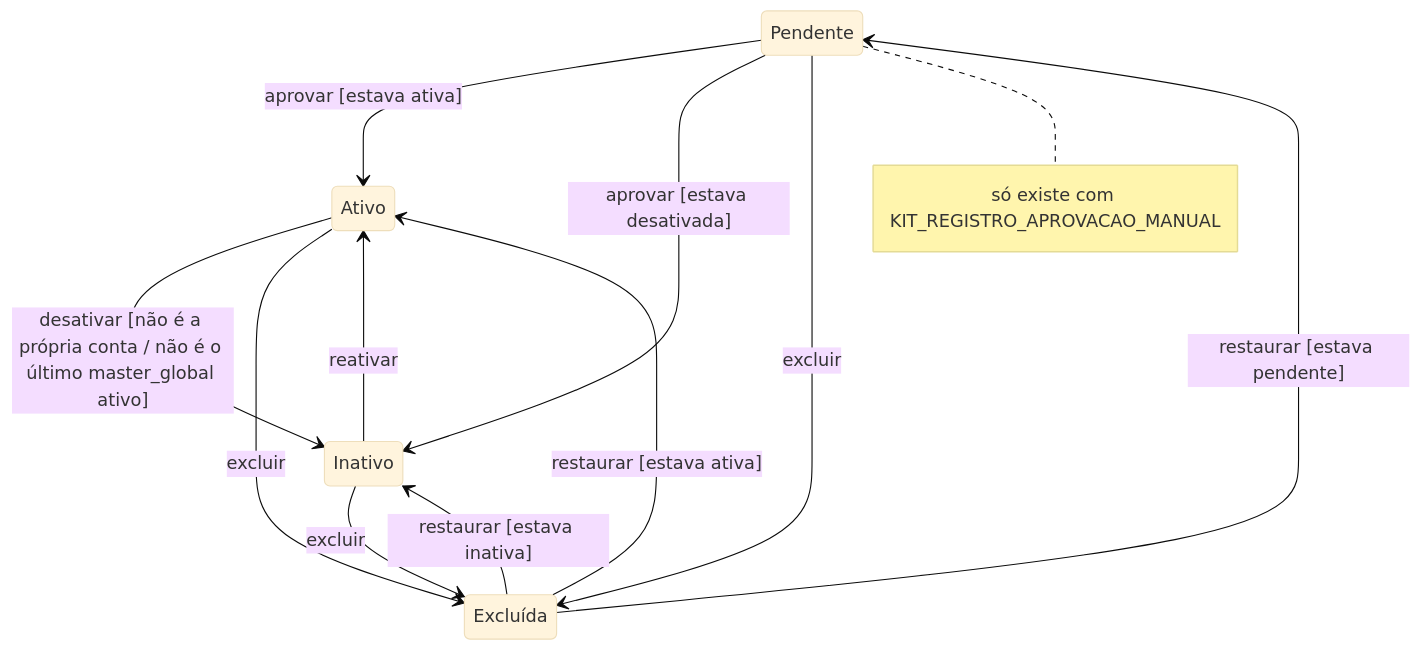
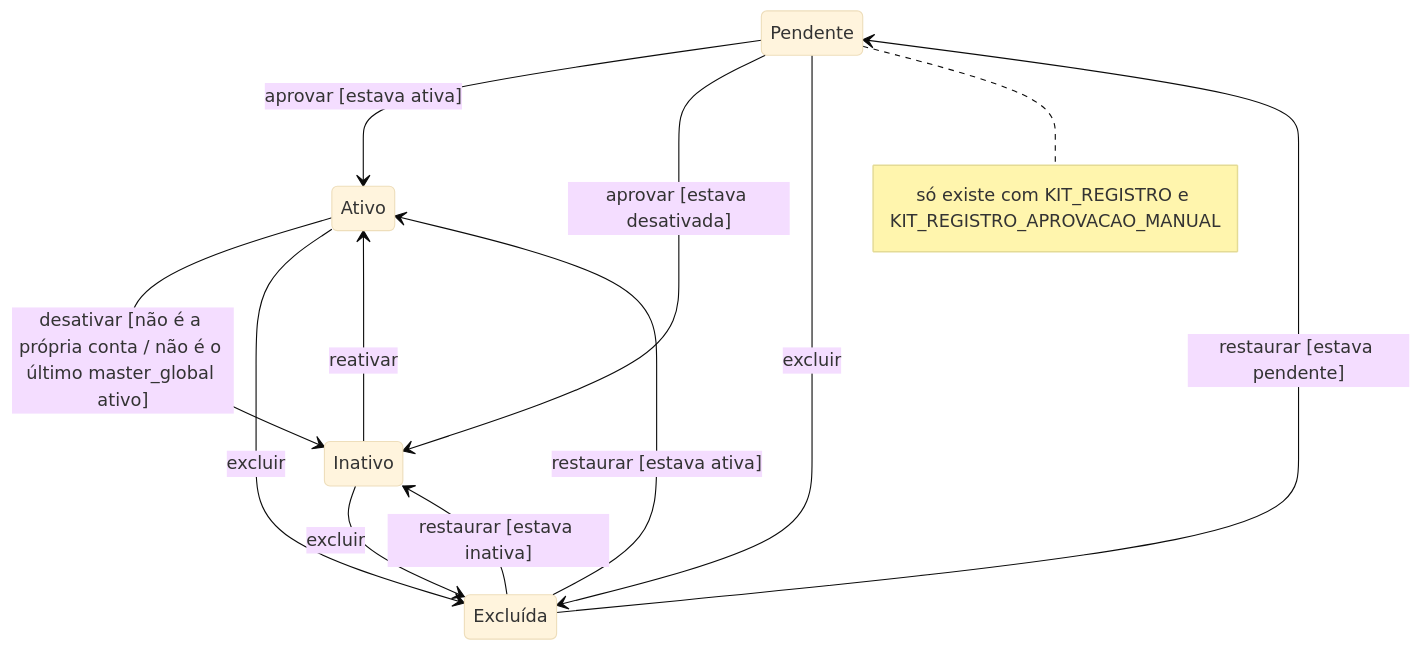
One commit to gsferro/filament-starter-kit-easy changed the diagram in docs/pt/autenticacao/estados-de-usuario.md. Above: the diagram before and after it, drawn with Mermaid (base theme). The commit also changed 17 other files, not shown here.

First line of the commit message:
:white_check_mark: test(diagramas): as guardas da revisao adversarial da adicao, e as docs que elas acharam

````diff
--- a/docs/pt/autenticacao/estados-de-usuario.md
+++ b/docs/pt/autenticacao/estados-de-usuario.md
@@ -19,18 +19,18 @@
 ```mermaid
 stateDiagram-v2
 %% DG-08
 accTitle: Estados da conta do usuário
 accDescr: Pendente aprova para Ativo (ou Inativo, se foi desativada antes); Ativo e Inativo alternam por desativar/reativar; qualquer um deles pode ser excluído, e restaurar volta ao estado de antes da exclusão.
   Pendente --> Ativo : aprovar [estava ativa]
   Pendente --> Inativo : aprovar [estava desativada]
   Ativo --> Inativo : desativar [não é a própria conta / não é o último master_global ativo]
   Ativo --> Excluida : excluir
   Inativo --> Ativo : reativar
   Inativo --> Excluida : excluir
   Pendente --> Excluida : excluir
   Excluida --> Ativo : restaurar [estava ativa]
   Excluida --> Inativo : restaurar [estava inativa]
   Excluida --> Pendente : restaurar [estava pendente]
   state "Excluída" as Excluida
-  note right of Pendente : só existe com KIT_REGISTRO_APROVACAO_MANUAL
+  note right of Pendente : só existe com KIT_REGISTRO e KIT_REGISTRO_APROVACAO_MANUAL
 ```
````
